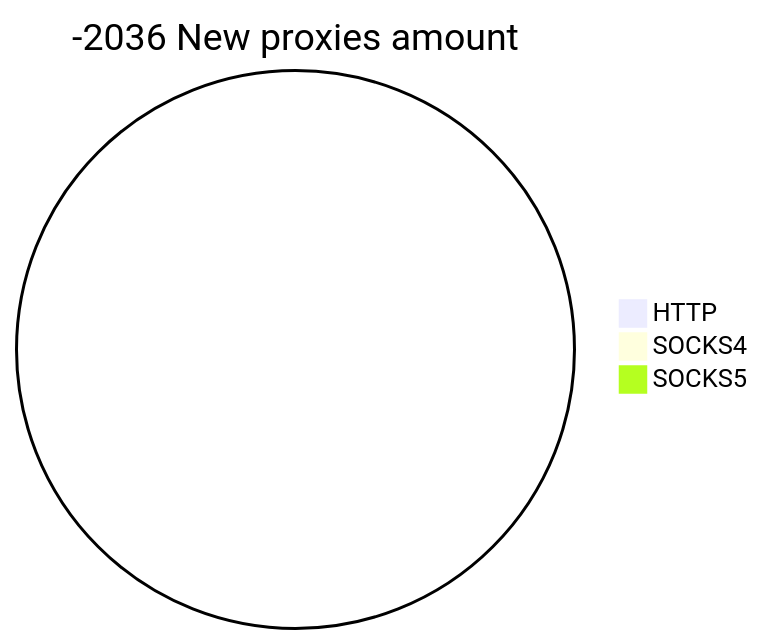
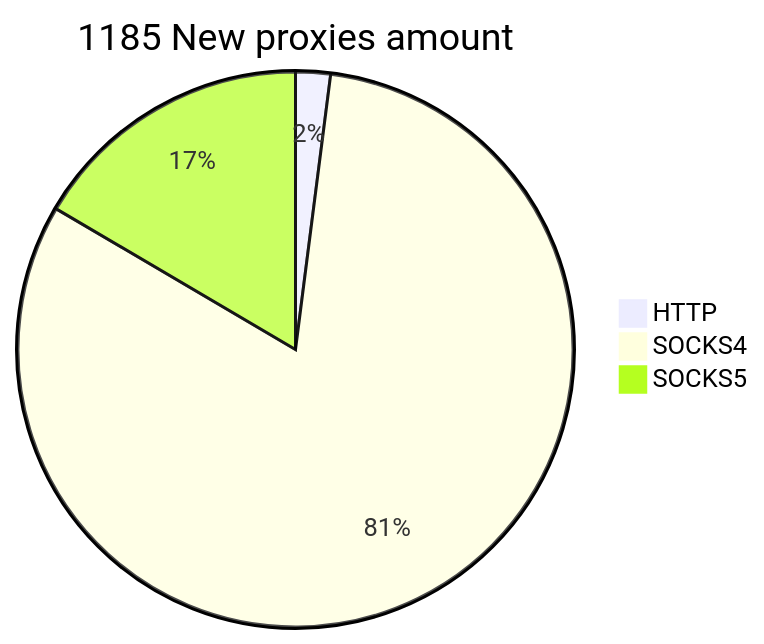
The second of 2 diagrams in README.md (cutipu/proxylist), drawn with Mermaid before and after one commit. The commit also changed other lines of this file, not shown here.

````diff
--- a/README.md
+++ b/README.md
@@ -10,6 +10,6 @@
 ```mermaid
-pie title -2036 New proxies amount
-    "HTTP" : 0
-    "SOCKS4" : 0
-    "SOCKS5" : 0
+pie title 1185 New proxies amount
+    "HTTP" : 24
+    "SOCKS4" : 965
+    "SOCKS5" : 196
 ```
````
